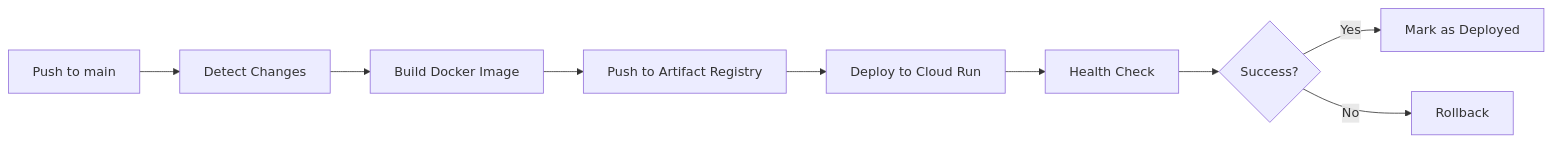
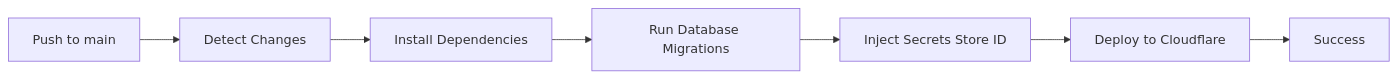
Before and after one commit to yuriolive/learning-infra: the diagram in docs/deployment/CONTROL_PLANE.md, drawn with Mermaid. The commit also changed other lines of this file and 68 other files, not shown here.

````diff
--- a/docs/deployment/CONTROL_PLANE.md
+++ b/docs/deployment/CONTROL_PLANE.md
@@ -153,11 +59,9 @@
 ```mermaid
 graph LR
     A[Push to main] --> B[Detect Changes]
-    B --> C[Build Docker Image]
-    C --> D[Push to Artifact Registry]
-    D --> E[Deploy to Cloud Run]
-    E --> F[Health Check]
-    F --> G{Success?}
-    G -->|Yes| H[Mark as Deployed]
-    G -->|No| I[Rollback]
+    B --> C[Install Dependencies]
+    C --> D[Run Database Migrations]
+    D --> E[Inject Secrets Store ID]
+    E --> F[Deploy to Cloudflare]
+    F --> G[Success]
 ```
````
